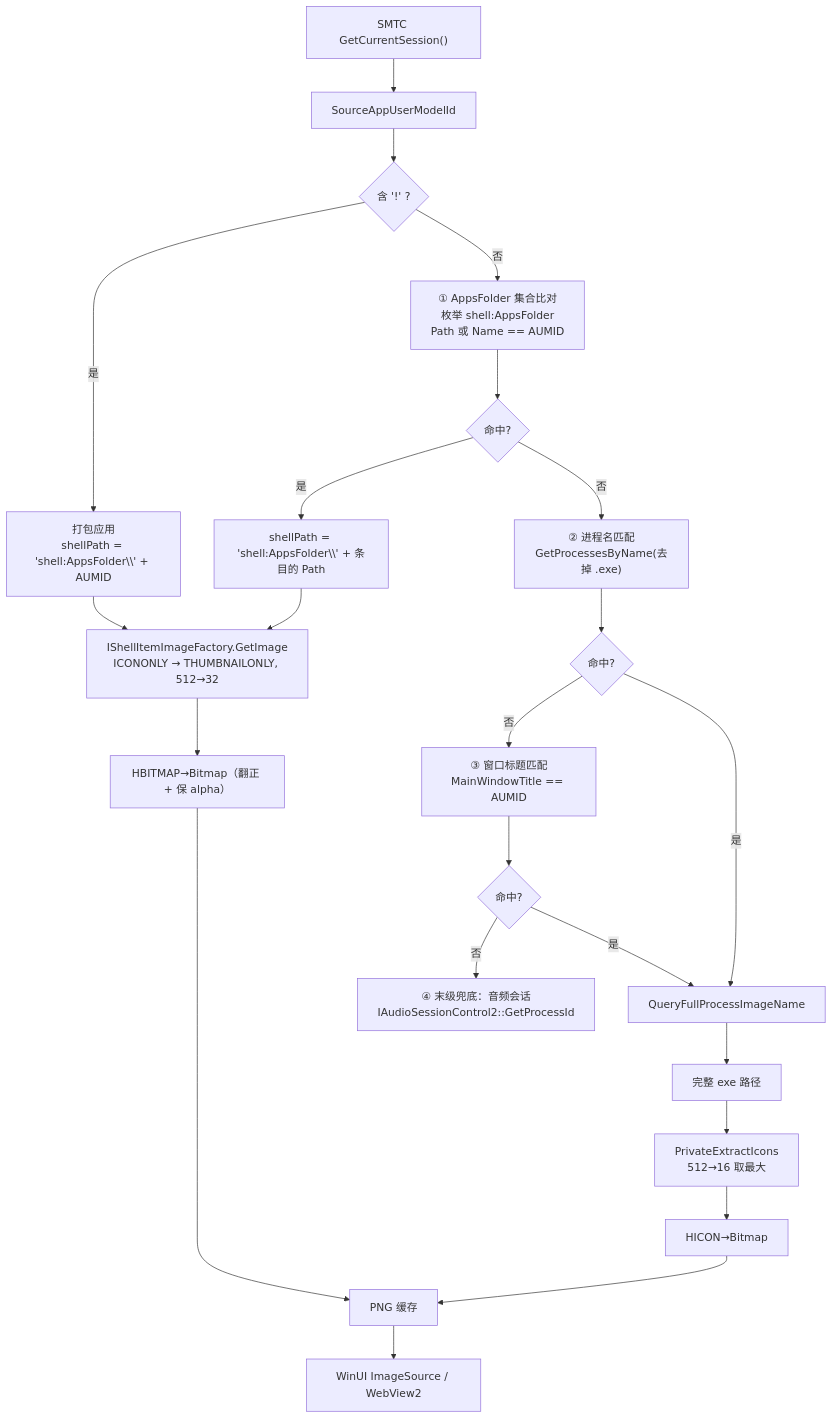
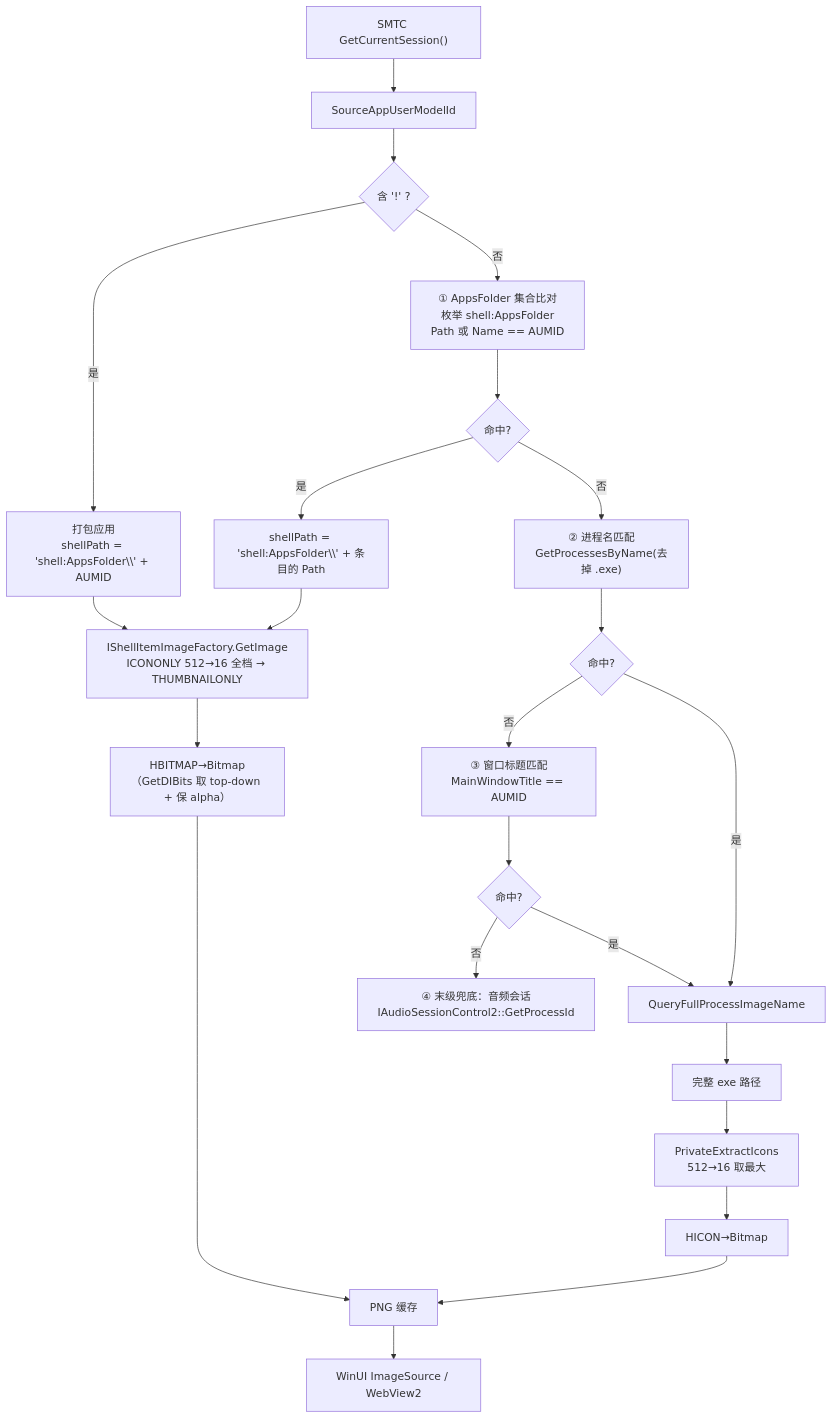
The diagram in docs/应用图标提取方案.md (ANYNC/TaskbarLyrics), drawn with Mermaid before and after one commit. The commit also changed other lines of this file and 4 other files, not shown here.

First line of the commit message:
fix: 修复部分 UWP 播放器图标上下颠倒 (#59)

````diff
--- a/docs/应用图标提取方案.md
+++ b/docs/应用图标提取方案.md
@@ -229,25 +229,25 @@
 ```mermaid
 flowchart TD
     A["SMTC GetCurrentSession()"] --> B["SourceAppUserModelId"]
     B --> C{"含 '!' ?"}
     C -- 是 --> D["打包应用<br/>shellPath = 'shell:AppsFolder\\' + AUMID"]
     C -- 否 --> P["① AppsFolder 集合比对<br/>枚举 shell:AppsFolder<br/>Path 或 Name == AUMID"]
     P --> P2{"命中?"}
     P2 -- 是 --> D2["shellPath = 'shell:AppsFolder\\' + 条目的 Path"]
     P2 -- 否 --> E["② 进程名匹配<br/>GetProcessesByName(去掉 .exe)"]
     E --> E2{"命中?"}
     E2 -- 否 --> F["③ 窗口标题匹配<br/>MainWindowTitle == AUMID"]
     F --> F2{"命中?"}
     F2 -- 否 --> G["④ 末级兜底：音频会话<br/>IAudioSessionControl2::GetProcessId"]
     E2 -- 是 --> H["QueryFullProcessImageName"]
     F2 -- 是 --> H
     H --> I["完整 exe 路径"]
-    D --> J["IShellItemImageFactory.GetImage<br/>ICONONLY → THUMBNAILONLY, 512→32"]
+    D --> J["IShellItemImageFactory.GetImage<br/>ICONONLY 512→16 全档 → THUMBNAILONLY"]
     D2 --> J
     I --> K["PrivateExtractIcons<br/>512→16 取最大"]
-    J --> L["HBITMAP→Bitmap（翻正 + 保 alpha）"]
+    J --> L["HBITMAP→Bitmap（GetDIBits 取 top-down + 保 alpha）"]
     K --> M["HICON→Bitmap"]
     L --> N["PNG 缓存"]
     M --> N
     N --> O["WinUI ImageSource / WebView2"]
 ```
````
